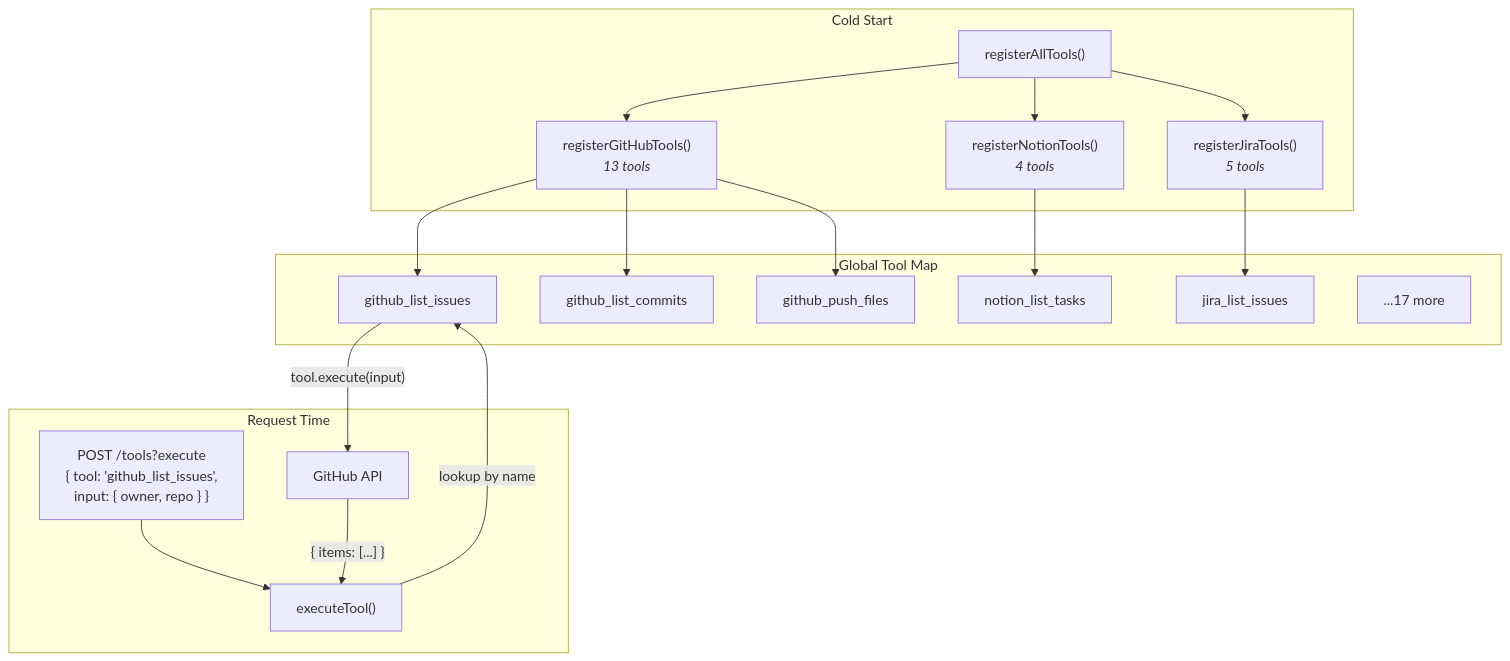
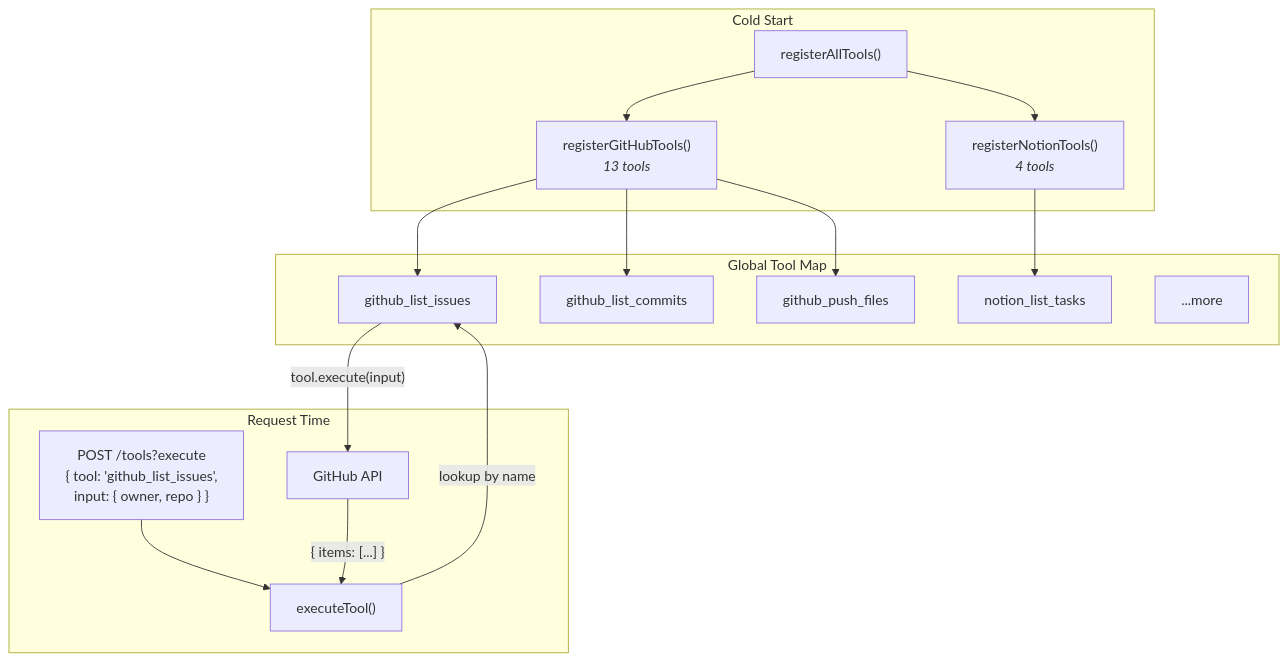
One commit to rlynjb/buffr changed the tenth of 17 diagrams in docs/LEARNING_AI_BACKEND.md. Above: the diagram before and after it, drawn with Mermaid. The commit also changed other lines of this file and 30 other files, not shown here.

Commit message:
more ux improvements and simplify prompts tools

````diff
--- a/docs/LEARNING_AI_BACKEND.md
+++ b/docs/LEARNING_AI_BACKEND.md
@@ -527,35 +524,32 @@
 ```mermaid
 flowchart TB
     subgraph Boot["Cold Start"]
         RA["registerAllTools()"]
         RA --> RG["registerGitHubTools()<br/><i>13 tools</i>"]
         RA --> RN["registerNotionTools()<br/><i>4 tools</i>"]
-        RA --> RJ["registerJiraTools()<br/><i>5 tools</i>"]
     end
 
     subgraph Registry["Global Tool Map"]
         T1["github_list_issues"]
         T2["github_list_commits"]
         T3["github_push_files"]
         T4["notion_list_tasks"]
-        T5["jira_list_issues"]
-        T6["...17 more"]
+        T5["...more"]
     end
 
     subgraph Runtime["Request Time"]
         REQ["POST /tools?execute<br/>{ tool: 'github_list_issues',<br/>  input: { owner, repo } }"]
         EXEC["executeTool()"]
         API["GitHub API"]
     end
 
     RG --> T1
     RG --> T2
     RG --> T3
     RN --> T4
-    RJ --> T5
 
     REQ --> EXEC
     EXEC -->|"lookup by name"| T1
     T1 -->|"tool.execute(input)"| API
     API -->|"{ items: [...] }"| EXEC
 ```
````
